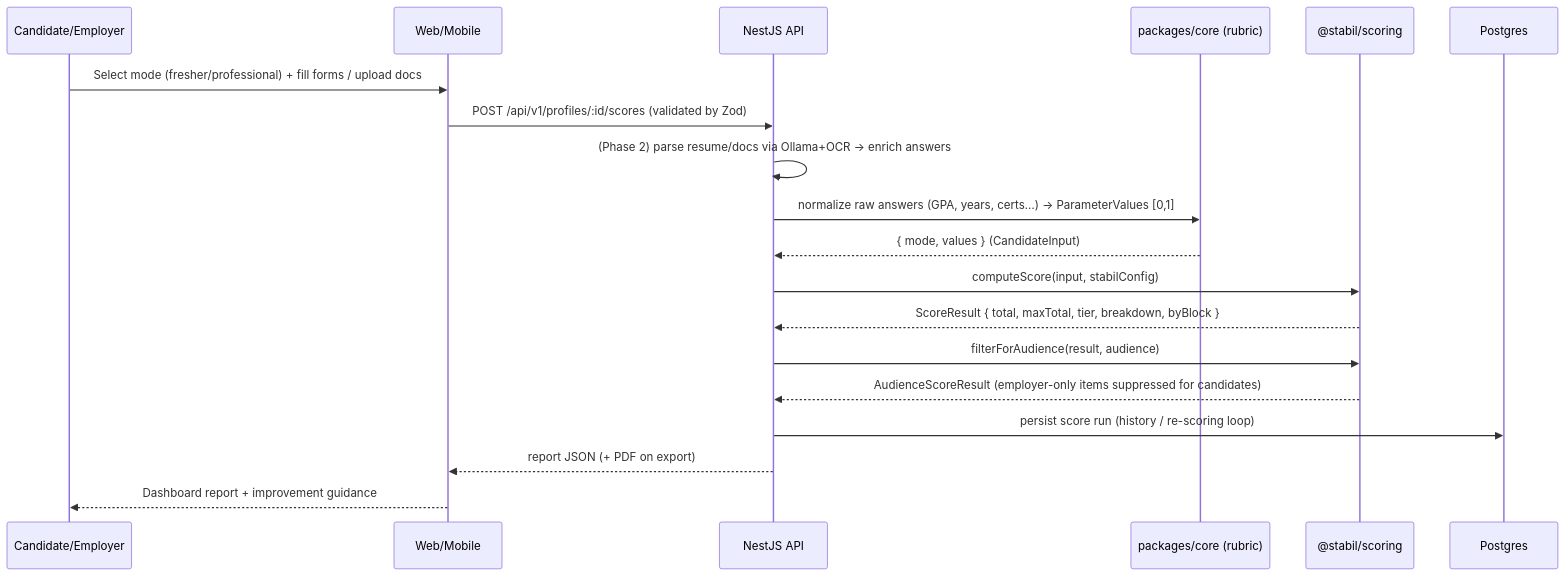
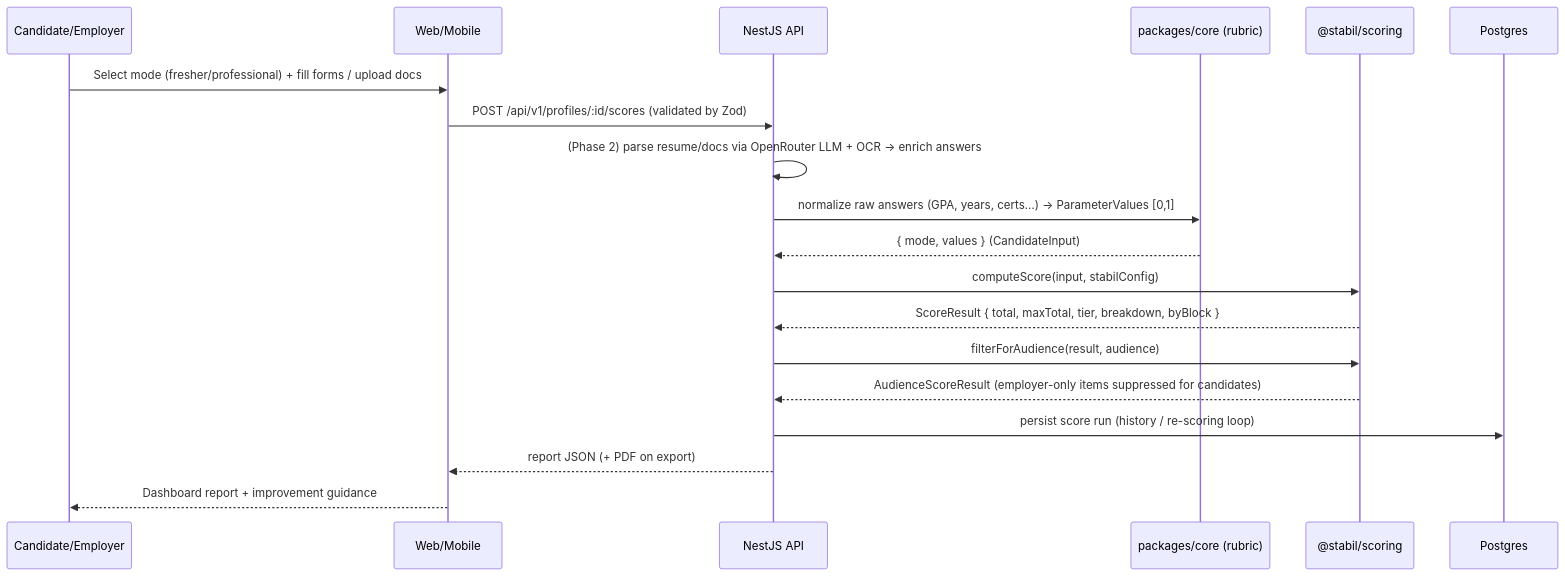
One commit to yashranaway/stabil changed the second of 3 diagrams in docs/AGENTS.md. Above: the diagram before and after it, drawn with Mermaid. The commit also changed other lines of this file and 27 other files, not shown here.

First line of the commit message:
Docs: switch AI provider from self-hosted Ollama to OpenRouter

````diff
--- a/docs/AGENTS.md
+++ b/docs/AGENTS.md
@@ -75,22 +75,22 @@
 ```mermaid
 sequenceDiagram
   participant U as Candidate/Employer
   participant FE as Web/Mobile
   participant API as NestJS API
   participant CORE as packages/core (rubric)
   participant ENG as @stabil/scoring
   participant DB as Postgres
 
   U->>FE: Select mode (fresher/professional) + fill forms / upload docs
   FE->>API: POST /api/v1/profiles/:id/scores  (validated by Zod)
-  API->>API: (Phase 2) parse resume/docs via Ollama+OCR → enrich answers
+  API->>API: (Phase 2) parse resume/docs via OpenRouter LLM + OCR → enrich answers
   API->>CORE: normalize raw answers (GPA, years, certs…) → ParameterValues [0,1]
   CORE-->>API: { mode, values }  (CandidateInput)
   API->>ENG: computeScore(input, stabilConfig)
   ENG-->>API: ScoreResult { total, maxTotal, tier, breakdown, byBlock }
   API->>ENG: filterForAudience(result, audience)
   ENG-->>API: AudienceScoreResult (employer-only items suppressed for candidates)
   API->>DB: persist score run (history / re-scoring loop)
   API-->>FE: report JSON (+ PDF on export)
   FE-->>U: Dashboard report + improvement guidance
 ```
````
